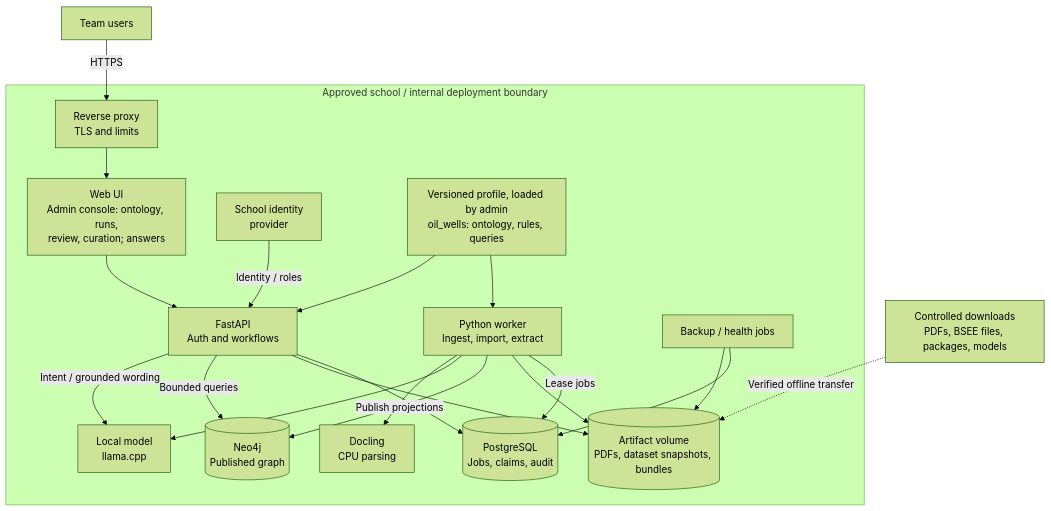
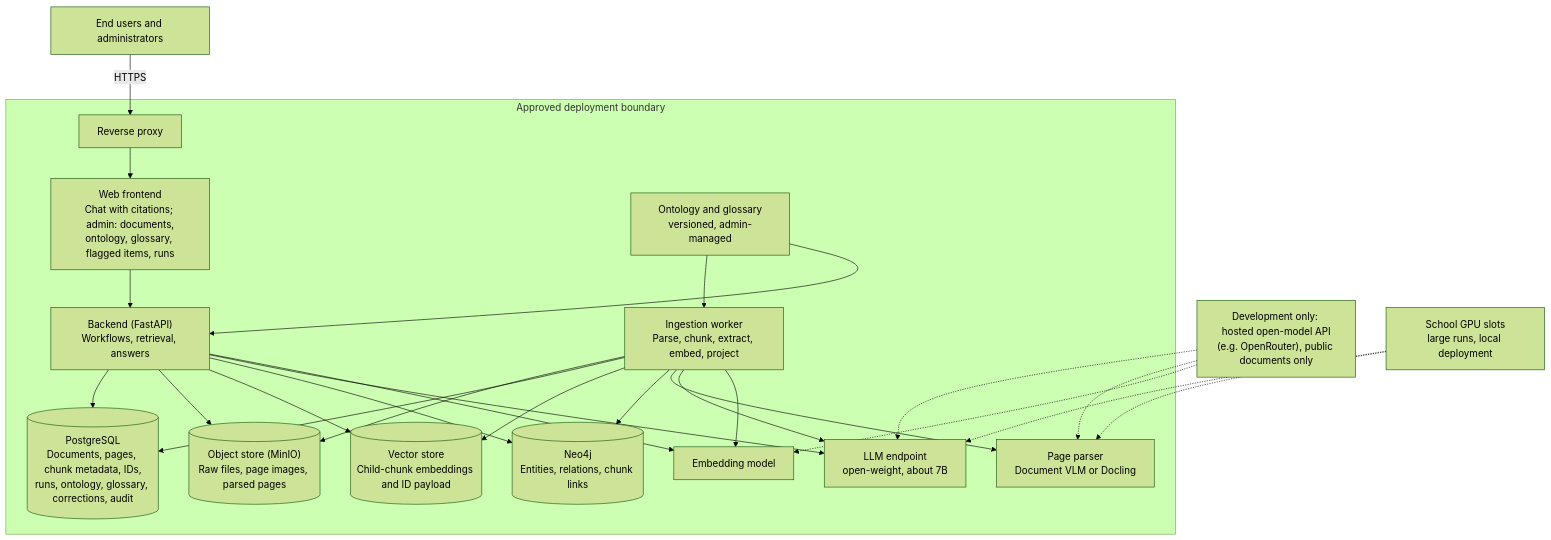
Before and after one commit to thaitri2005/Secure-O-G-LLM-and-Knowledge-Graph: the third of 6 diagrams in docs/PROJECT_DESIGN.md, drawn with Mermaid (forest theme). The commit also changed other lines of this file and 25 other files, not shown here.

First line of the commit message:
Rewrite docs for the 28 October direction: GraphRAG on drilling reports

````diff
--- a/docs/PROJECT_DESIGN.md
+++ b/docs/PROJECT_DESIGN.md
@@ -340,23 +355,20 @@
 ```mermaid
 flowchart TB
-    U["Team users"] -->|HTTPS| G["Reverse proxy<br/>TLS and limits"]
-    subgraph Z["Approved school / internal deployment boundary"]
-        G --> UI["Web UI<br/>Admin console: ontology, runs,<br/>review, curation; answers"]
-        UI --> API["FastAPI<br/>Auth and workflows"]
-        IDP["School identity<br/>provider"] -->|Identity / roles| API
-        API --> PG[("PostgreSQL<br/>Jobs, claims, audit")]
-        API --> FS[("Artifact volume<br/>PDFs, dataset snapshots, bundles")]
-        API -->|Bounded queries| NG[("Neo4j<br/>Published graph")]
-        W["Python worker<br/>Ingest, import, extract"] -->|Lease jobs| PG
-        W --> FS
-        W -->|Publish projections| NG
-        W --> LM["Local model<br/>llama.cpp"]
-        API -->|Intent / grounded wording| LM
-        PROFILE["Versioned profile, loaded by admin<br/>oil_wells: ontology, rules, queries"] --> W
-        PROFILE --> API
-        W --> D["Docling<br/>CPU parsing"]
-        BK["Backup / health jobs"] --> PG
-        BK --> FS
+    U["End users and administrators"] -->|HTTPS| G["Reverse proxy"]
+    subgraph Z["Approved deployment boundary"]
+        G --> UI["Web frontend<br/>Chat with citations; admin: documents,<br/>ontology, glossary, flagged items, runs"]
+        UI --> API["Backend (FastAPI)<br/>Workflows, retrieval, answers"]
+        API --> PG[("PostgreSQL<br/>Documents, pages, chunk metadata, IDs,<br/>runs, ontology, glossary, corrections, audit")]
+        API --> OBJ[("Object store (MinIO)<br/>Raw files, page images, parsed pages")]
+        API --> VEC[("Vector store<br/>Child-chunk embeddings and ID payload")]
+        API --> NG[("Neo4j<br/>Entities, relations, chunk links")]
+        W["Ingestion worker<br/>Parse, chunk, extract, embed, project"] --> OBJ & PG & VEC & NG
+        W --> VLM["Page parser<br/>Document VLM or Docling"]
+        W --> LM["LLM endpoint<br/>open-weight, about 7B"]
+        W --> EMB["Embedding model"]
+        API --> LM & EMB
+        ONT["Ontology and glossary<br/>versioned, admin-managed"] --> W & API
     end
-    ST["Controlled downloads<br/>PDFs, BSEE files, packages, models"] -. "Verified offline transfer" .-> FS
+    DEV["Development only: hosted open-model API<br/>(e.g. OpenRouter), public documents only"] -.-> LM & VLM & EMB
+    GPU["School GPU slots<br/>large runs, local deployment"] -.-> LM & VLM
 ```
````
